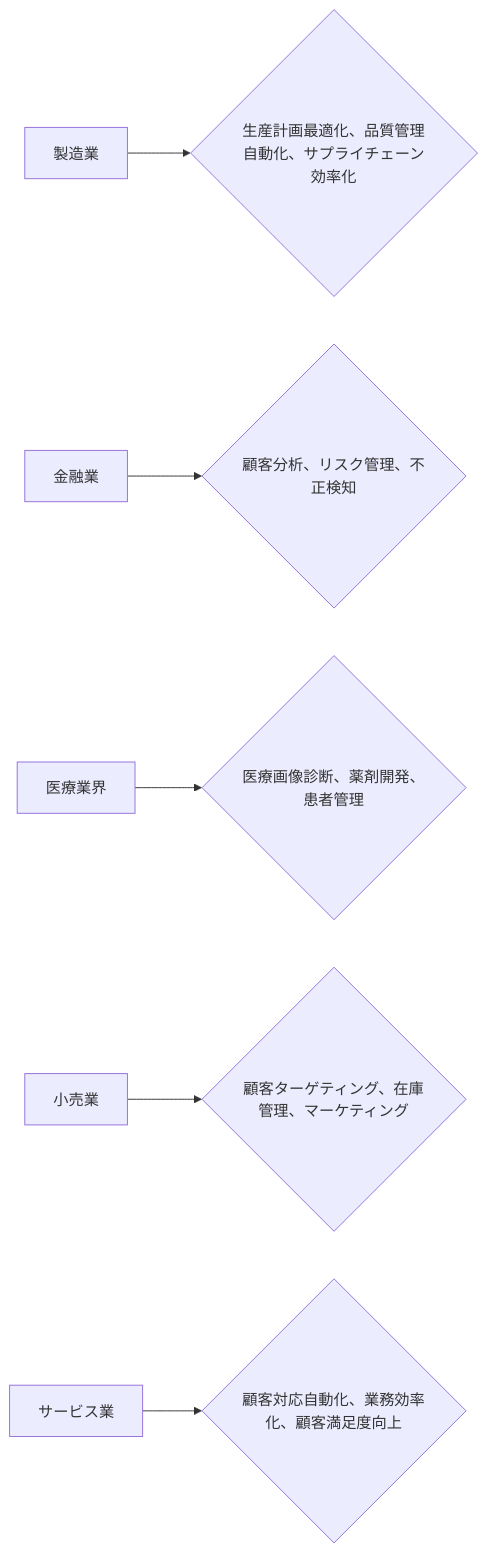
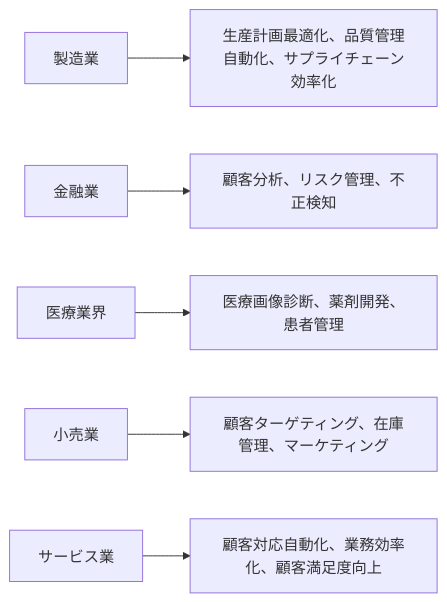
Before and after one commit to SparklingDetergent/doc_genai_How_to_evaluate_the_cost-effectiveness_of_using_generative_AI_for_business_purposes: diagram 13 of 16 in README.md, drawn with Mermaid. The commit also changed other lines of this file, not shown here.

````diff
--- a/README.md
+++ b/README.md
@@ -443,8 +454,8 @@
 ```mermaid
 graph LR
-    A[製造業] --> B{生産計画最適化、品質管理自動化、サプライチェーン効率化}
-    C[金融業] --> D{顧客分析、リスク管理、不正検知}
-    E[医療業界] --> F{医療画像診断、薬剤開発、患者管理}
-    G[小売業] --> H{顧客ターゲティング、在庫管理、マーケティング}
-    I[サービス業] --> J{顧客対応自動化、業務効率化、顧客満足度向上}
+    A[製造業] --> B[生産計画最適化、品質管理自動化、サプライチェーン効率化]
+    C[金融業] --> D[顧客分析、リスク管理、不正検知]
+    E[医療業界] --> F[医療画像診断、薬剤開発、患者管理]
+    G[小売業] --> H[顧客ターゲティング、在庫管理、マーケティング]
+    I[サービス業] --> J[顧客対応自動化、業務効率化、顧客満足度向上]
 ```
````
